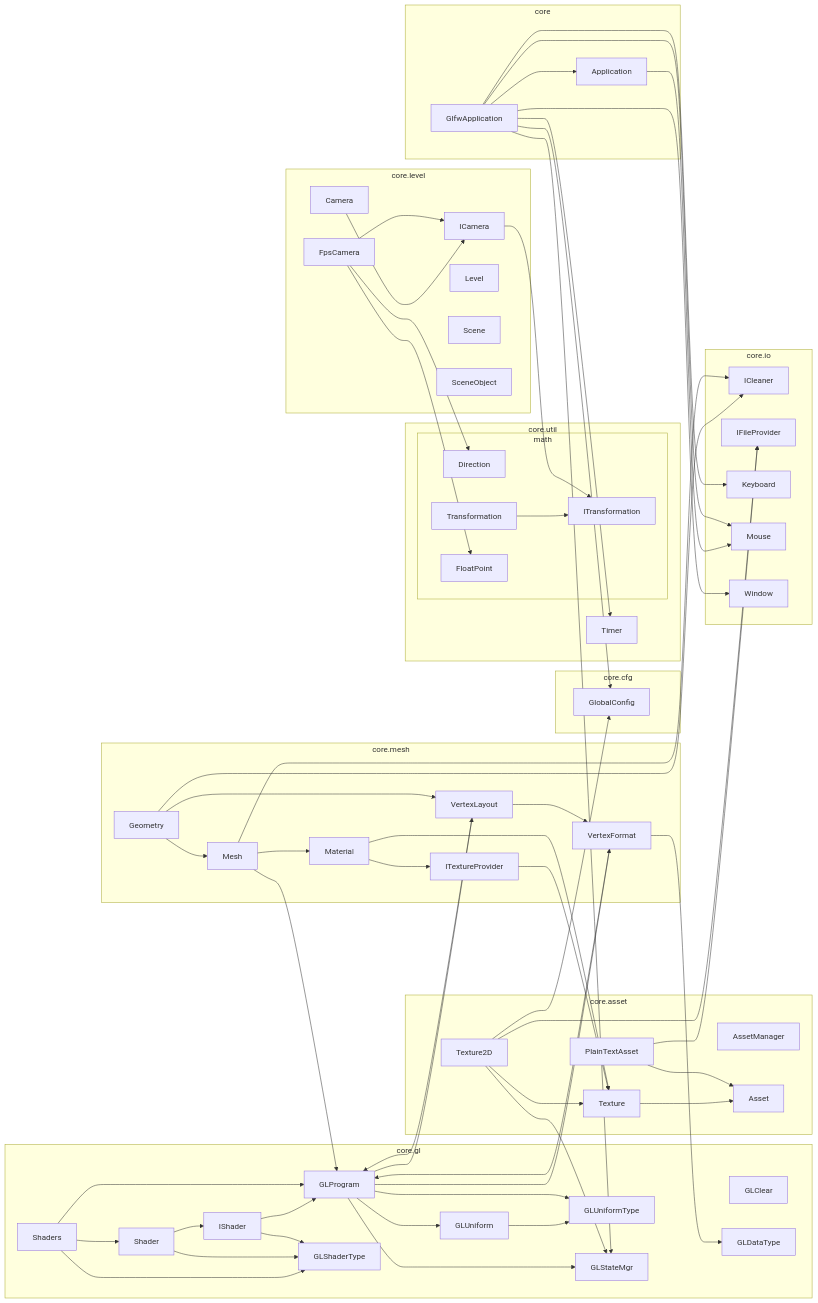
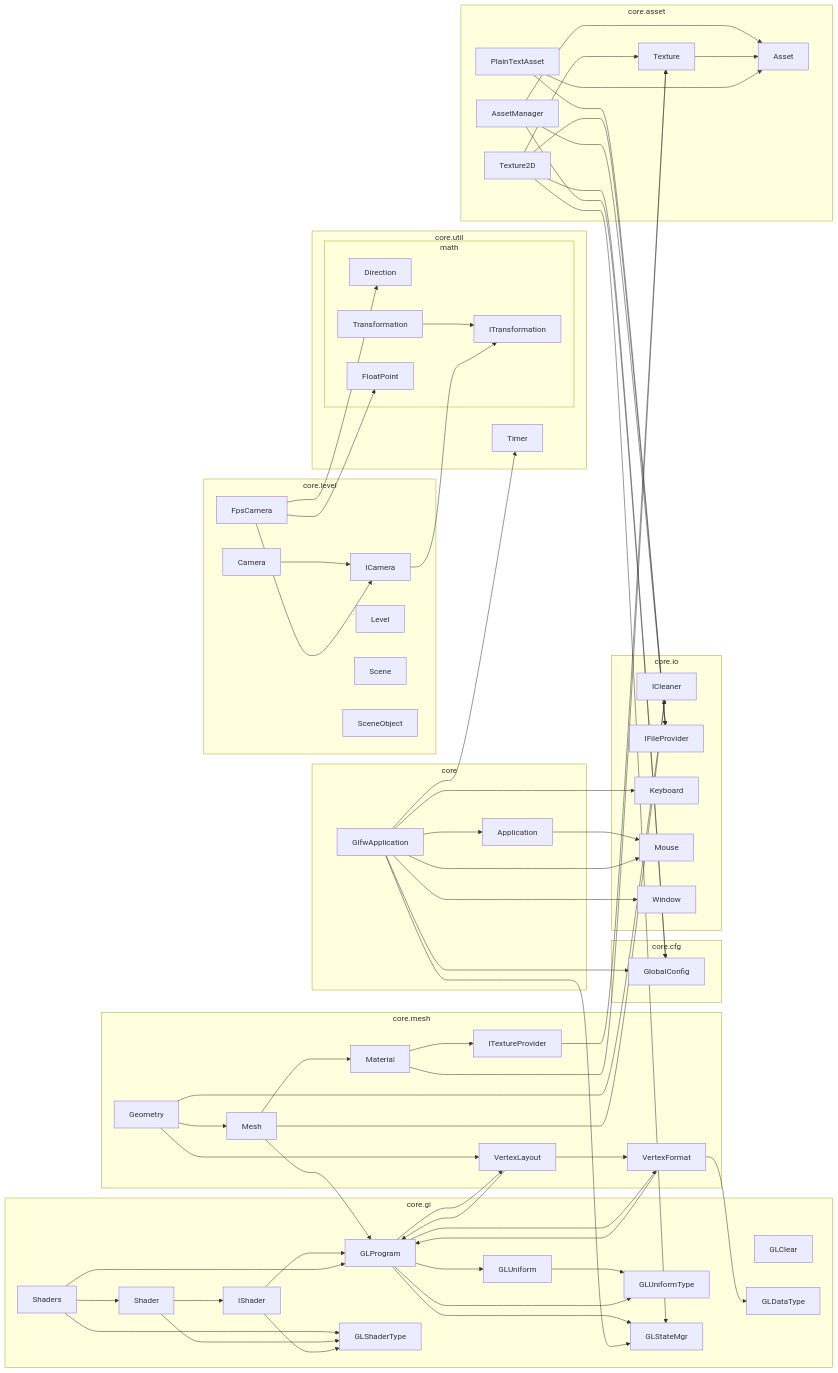
Before and after one commit to Over-Run/swgl-core: the diagram in README.md, drawn with Mermaid. The commit also changed 10 other files, not shown here.

Commit message:
The AssetManager

````diff
--- a/README.md
+++ b/README.md
@@ -25,71 +25,73 @@
 ```mermaid
 graph LR
 subgraph core.asset
-    AssetManager
+    AssetManager-->Asset
     Texture2D-->Texture-->Asset
     PlainTextAsset-->Asset
 end
 subgraph core.cfg
     GlobalConfig
 end
 subgraph core.gl
     GLClear
     GLDataType
     Shaders-->Shader-->IShader-->GLProgram-->GLUniform-->GLUniformType
     Shaders-->GLProgram-->GLUniformType
     Shaders-->GLShaderType
     Shader-->GLShaderType
     IShader-->GLShaderType
     GLProgram-->GLStateMgr
 end
 subgraph core.io
     ICleaner
     IFileProvider
     Keyboard
     Mouse
     Window
 end
 subgraph core.level
     Camera-->ICamera
     FpsCamera-->ICamera
     Level
     Scene
     SceneObject
 end
 subgraph core.util
     Timer
     subgraph math
         Direction
         Transformation-->ITransformation
         FloatPoint
     end
 end
 subgraph core.mesh
     Geometry-->Mesh-->GLProgram
     Geometry-->VertexLayout-->VertexFormat-->GLDataType
     Geometry-->ICleaner
     Mesh-->ICleaner
     Mesh-->Material-->ITextureProvider
 end
 subgraph core
     ga[GlfwApplication]-->Application
     ga-->GLStateMgr
     ga-->GlobalConfig
     ga-->Keyboard
     ga-->Window
 end
 VertexFormat-->GLProgram-->VertexLayout-->GLProgram
 GLProgram-->VertexFormat
 PlainTextAsset-->IFileProvider
 Texture2D-->GlobalConfig
 Texture2D-->GLStateMgr
 Texture2D-->IFileProvider
 ITextureProvider-->Texture
 Material-->Texture
 Application-->Mouse
 ga-->Mouse
 ga-->Timer
 ICamera-->ITransformation
 FpsCamera-->Direction
 FpsCamera-->FloatPoint
+AssetManager-->IFileProvider
+AssetManager-->GlobalConfig
 ```
````
